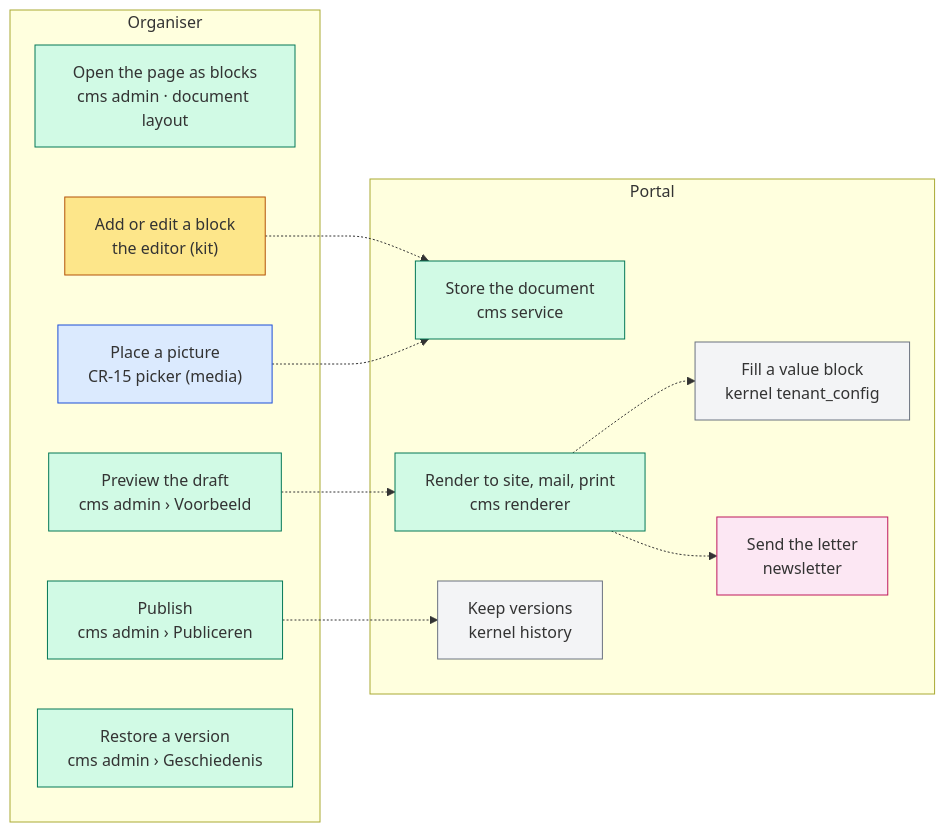
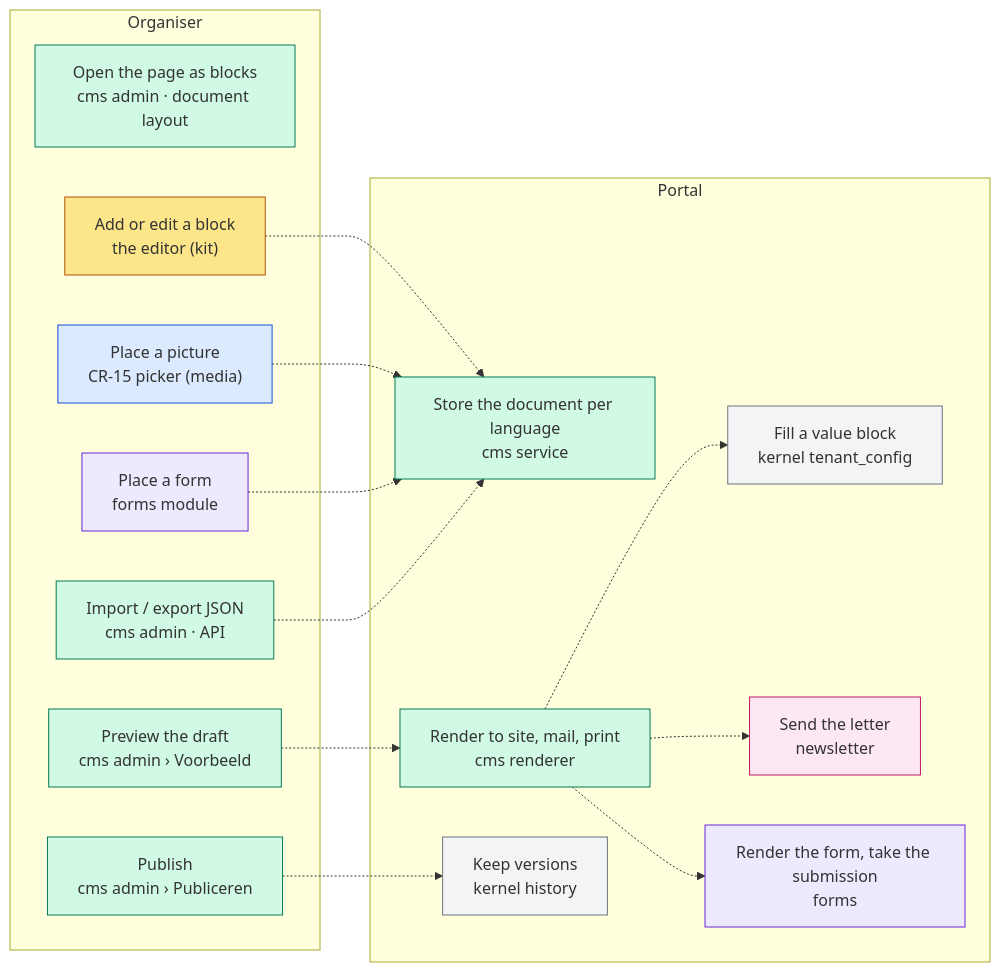
One commit to KoenRenders/KoenTest changed the third of 5 diagrams in docs/change_request_17_web_content.md. Above: the diagram before and after it, drawn with Mermaid. The commit also changed other lines of this file, not shown here.

````diff
--- a/docs/change_request_17_web_content.md
+++ b/docs/change_request_17_web_content.md
@@ -190,29 +221,35 @@
 ```mermaid
 flowchart LR
   subgraph O[Organiser]
     o2["Open the page as blocks<br/>cms admin · document layout"]:::cms
     o3["Add or edit a block<br/>the editor (kit)"]:::kit
     o3b["Place a picture<br/>CR-15 picker (media)"]:::media
+    o3c["Place a form<br/>forms module"]:::forms
     o4["Preview the draft<br/>cms admin › Voorbeeld"]:::cms
     o6["Publish<br/>cms admin › Publiceren"]:::cms
-    o7["Restore a version<br/>cms admin › Geschiedenis"]:::cms
+    o8["Import / export JSON<br/>cms admin · API"]:::cms
   end
   subgraph P[Portal]
-    p1["Store the document<br/>cms service"]:::cms
+    p1["Store the document per language<br/>cms service"]:::cms
     p2["Render to site, mail, print<br/>cms renderer"]:::cms
     p3["Fill a value block<br/>kernel tenant_config"]:::kernel
     p4["Keep versions<br/>kernel history"]:::kernel
     p5["Send the letter<br/>newsletter"]:::nl
+    p6["Render the form, take the submission<br/>forms"]:::forms
   end
   o3 -.-> p1
   o3b -.-> p1
+  o3c -.-> p1
+  o8 -.-> p1
   o4 -.-> p2
   o6 -.-> p4
   p2 -.-> p3
   p2 -.-> p5
+  p2 -.-> p6
   classDef cms fill:#d1fae5,stroke:#047857
   classDef kit fill:#fde68a,stroke:#b45309
   classDef media fill:#dbeafe,stroke:#1d4ed8
+  classDef forms fill:#ede9fe,stroke:#6d28d9
   classDef kernel fill:#f3f4f6,stroke:#6b7280
   classDef nl fill:#fce7f3,stroke:#be185d
 ```
````
